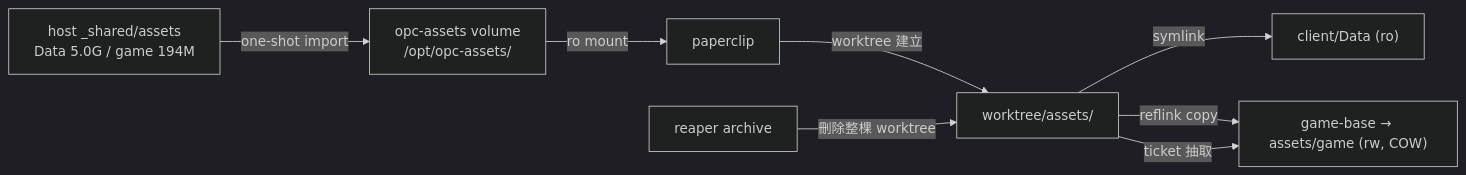
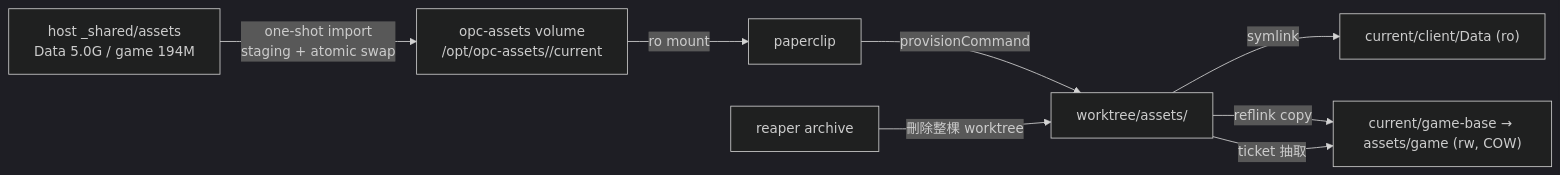
Before and after one commit to XuHaoJun/opc-stack: the diagram in docs/superpowers/specs/2026-11-18-shared-game-assets-design.md, drawn with Mermaid (dark theme). The commit also changed other lines of this file, not shown here.

First line of the commit message:
docs: 改用 Paperclip provisionCommand, 補齊 import/清理細節

````diff
--- a/docs/superpowers/specs/2026-11-18-shared-game-assets-design.md
+++ b/docs/superpowers/specs/2026-11-18-shared-game-assets-design.md
@@ -61,10 +68,10 @@
 ```mermaid
 flowchart LR
-  H["host _shared/assets<br/>Data 5.0G / game 194M"] -->|one-shot import| V["opc-assets volume<br/>/opt/opc-assets/<store>"]
+  H["host _shared/assets<br/>Data 5.0G / game 194M"] -->|one-shot import<br/>staging + atomic swap| V["opc-assets volume<br/>/opt/opc-assets/<store>/current"]
   V -->|ro mount| P[paperclip]
-  P -->|worktree 建立| W["worktree/assets/"]
-  W -->|symlink| D["client/Data (ro)"]
-  W -->|reflink copy| G["game-base → assets/game (rw, COW)"]
+  P -->|provisionCommand| W["worktree/assets/"]
+  W -->|symlink| D["current/client/Data (ro)"]
+  W -->|reflink copy| G["current/game-base → assets/game (rw, COW)"]
   W -->|ticket 抽取| G
   R[reaper archive] -->|刪除整棵 worktree| W
 ```
````
